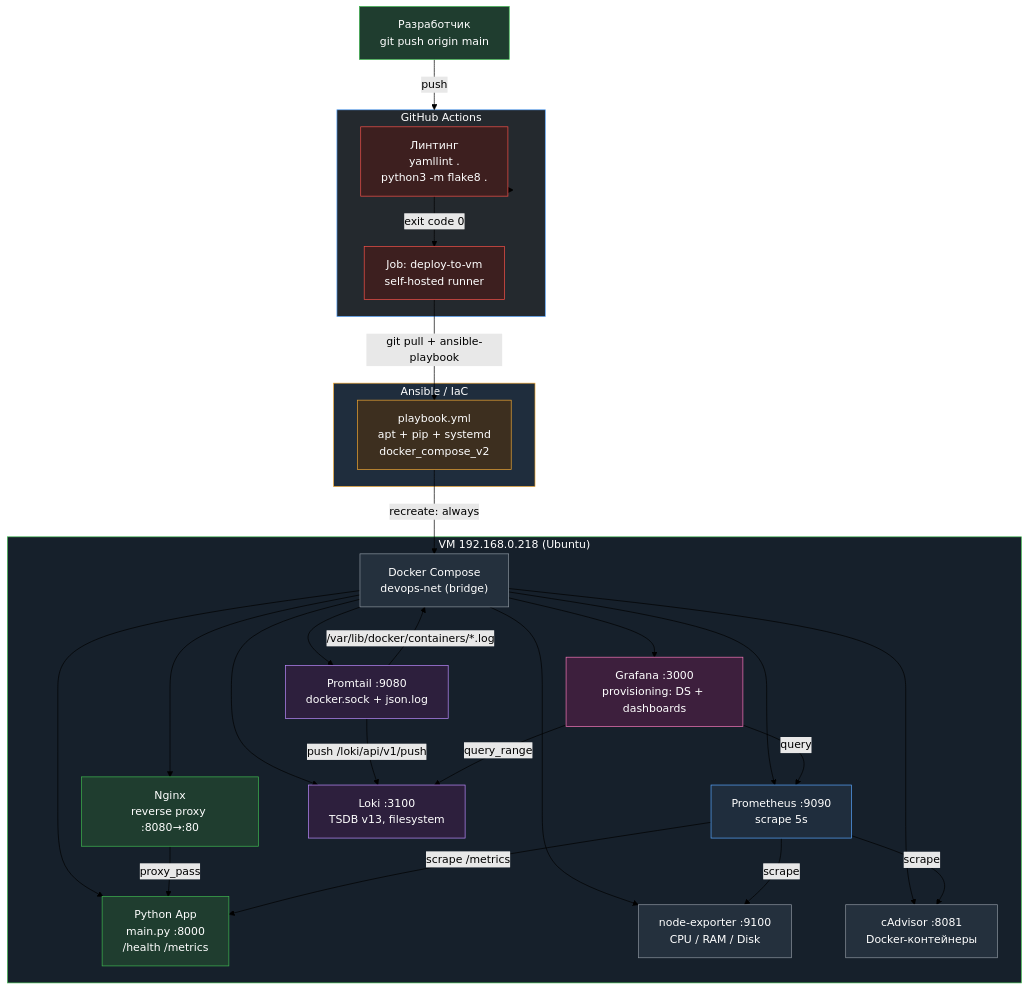
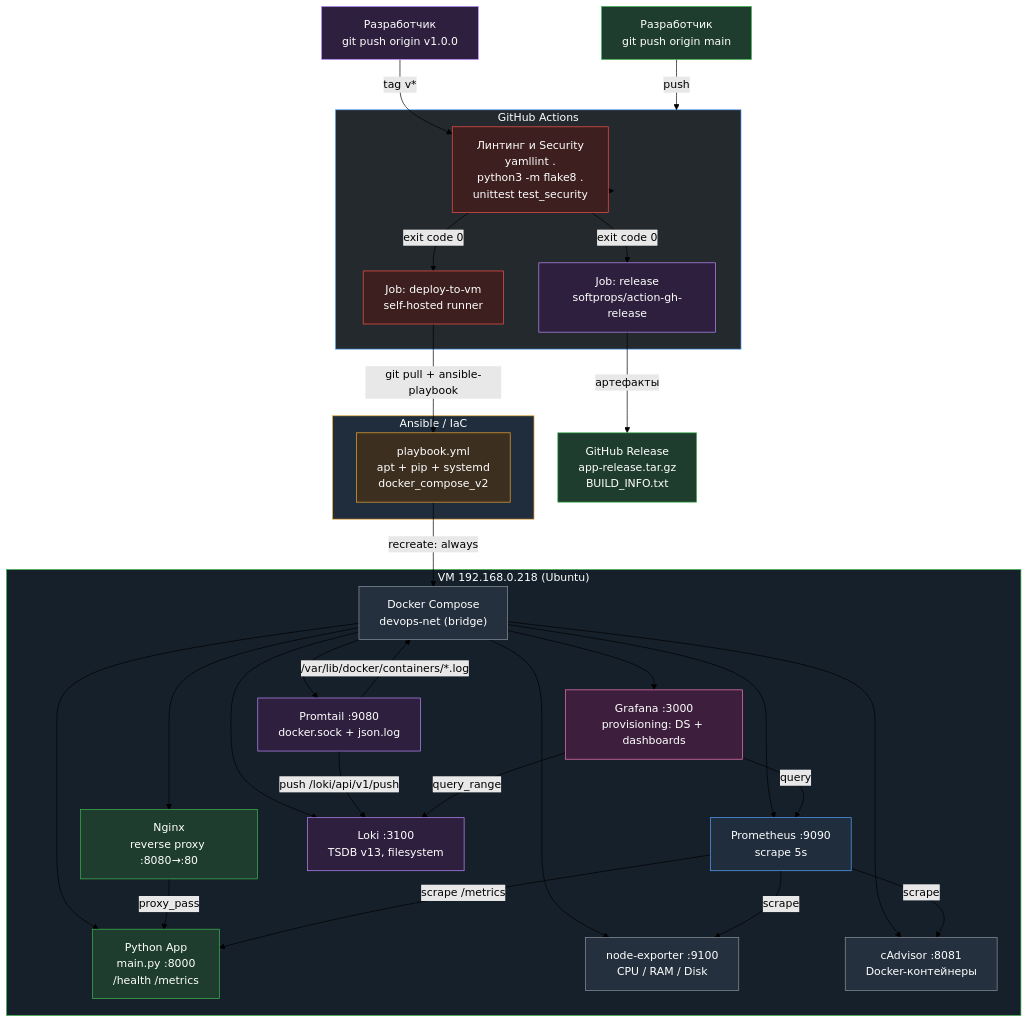
The first of 3 diagrams in README.md (Pieaceton/first-devops-project), drawn with Mermaid (forest theme) before and after one commit. The commit also changed other lines of this file and 6 other files, not shown here.

Commit message:
Add DevSecOps security tests, harden container config and add tag-based release workflow

````diff
--- a/README.md
+++ b/README.md
@@ -12,69 +12,77 @@
 ```mermaid
 graph TD
     DEV[Разработчик<br/>git push origin main]
+    TAG[Разработчик<br/>git push origin v1.0.0]
 
     subgraph GHA["GitHub Actions"]
-        LINT["Линтинг<br/>yamllint .<br/>python3 -m flake8 ."]
+        LINT["Линтинг и Security<br/>yamllint .<br/>python3 -m flake8 .<br/>unittest test_security"]
         DEPLOY["Job: deploy-to-vm<br/>self-hosted runner"]
+        RELEASE["Job: release<br/>softprops/action-gh-release"]
     end
 
     subgraph ANS["Ansible / IaC"]
         PLAY["playbook.yml<br/>apt + pip + systemd<br/>docker_compose_v2"]
     end
 
     subgraph VM["VM 192.168.0.218 (Ubuntu)"]
         DC["Docker Compose<br/>devops-net (bridge)"]
 
         NGINX["Nginx<br/>reverse proxy :8080→:80"]
         APP["Python App<br/>main.py :8000<br/>/health /metrics"]
 
         PROM["Prometheus :9090<br/>scrape 5s"]
         NODE["node-exporter :9100<br/>CPU / RAM / Disk"]
         CAD["cAdvisor :8081<br/>Docker-контейнеры"]
 
         LOKI["Loki :3100<br/>TSDB v13, filesystem"]
         PROMTAIL["Promtail :9080<br/>docker.sock + json.log"]
         GRAF["Grafana :3000<br/>provisioning: DS + dashboards"]
     end
 
     DEV -->|push| GHA
+    TAG -->|tag v*| LINT
     GHA --> LINT
     LINT -->|exit code 0| DEPLOY
+    LINT -->|exit code 0| RELEASE
+    RELEASE -->|артефакты| REL["GitHub Release<br/>app-release.tar.gz<br/>BUILD_INFO.txt"]
     DEPLOY -->|git pull + ansible-playbook| PLAY
     PLAY -->|recreate: always| DC
 
     DC --> NGINX
     DC --> APP
     DC --> PROM
     DC --> NODE
     DC --> CAD
     DC --> LOKI
     DC --> PROMTAIL
     DC --> GRAF
 
     NGINX -->|proxy_pass| APP
     PROM -->|scrape /metrics| APP
     PROM -->|scrape| NODE
     PROM -->|scrape| CAD
     PROMTAIL -->|push /loki/api/v1/push| LOKI
     PROMTAIL -->|/var/lib/docker/containers/*.log| DC
     GRAF -->|query| PROM
     GRAF -->|query_range| LOKI
 
     style GHA fill:#24292e,stroke:#58a6ff,color:#ffffff
     style ANS fill:#1f2d3d,stroke:#f0a732,color:#ffffff
     style VM fill:#16202b,stroke:#3fb950,color:#ffffff
     style LINT fill:#3d1f1f,stroke:#f85149,color:#ffffff
     style DEPLOY fill:#3d1f1f,stroke:#f85149,color:#ffffff
+    style RELEASE fill:#2d1f3d,stroke:#bc8cff,color:#ffffff
+    style REL fill:#1f3d2f,stroke:#3fb950,color:#ffffff
     style PLAY fill:#3d2f1f,stroke:#f0a732,color:#ffffff
     style APP fill:#1f3d2f,stroke:#3fb950,color:#ffffff
     style NGINX fill:#1f3d2f,stroke:#3fb950,color:#ffffff
     style PROM fill:#1f2d3d,stroke:#58a6ff,color:#ffffff
     style LOKI fill:#2d1f3d,stroke:#bc8cff,color:#ffffff
     style PROMTAIL fill:#2d1f3d,stroke:#bc8cff,color:#ffffff
     style GRAF fill:#3d1f3d,stroke:#f778ba,color:#ffffff
     style NODE fill:#24303d,stroke:#8b949e,color:#ffffff
     style CAD fill:#24303d,stroke:#8b949e,color:#ffffff
     style DC fill:#24303d,stroke:#8b949e,color:#ffffff
     style DEV fill:#1f3d2f,stroke:#3fb950,color:#ffffff
+    style TAG fill:#2d1f3d,stroke:#bc8cff,color:#ffffff
 ```
````
